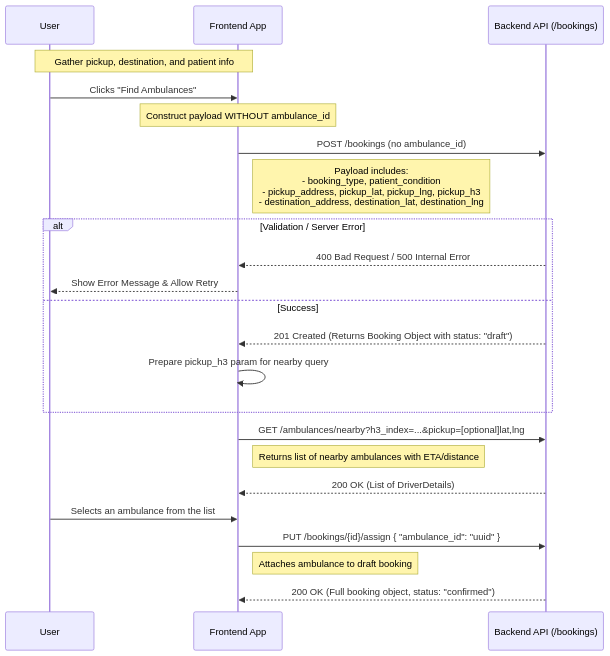
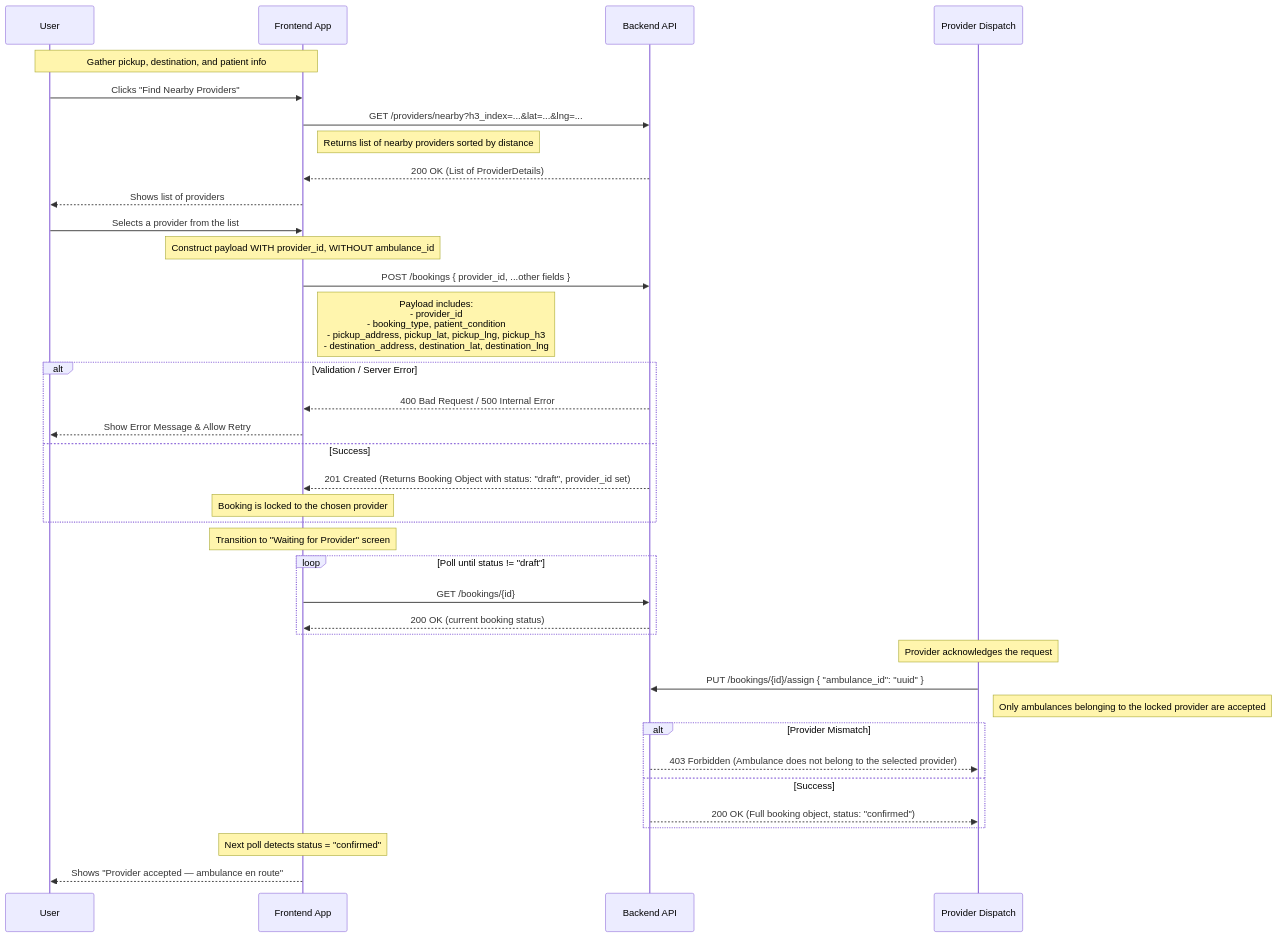
The second of 2 diagrams in docs/FRONTEND_BOOKING_FLOW.md (101-toyota-team/resqlink-be), drawn with Mermaid before and after one commit. The commit also changed other lines of this file and 1 other file, not shown here.

Commit message:
docs: update booking flow and openapi spec for provider dispatch
Rewrite frontend booking flow to reflect the user-selects-provider model. Update OpenAPI spec to include provider_id in the Booking schema and POST /bookings request body, and deprecate GET /ambulances/nearby in favor of /providers/nearby.

````diff
--- a/docs/FRONTEND_BOOKING_FLOW.md
+++ b/docs/FRONTEND_BOOKING_FLOW.md
@@ -36,31 +39,48 @@
 ```mermaid
 sequenceDiagram
     participant U as User
     participant F as Frontend App
-    participant B as Backend API (/bookings)
+    participant B as Backend API
+    participant P as Provider Dispatch
     
     Note over U, F: Gather pickup, destination, and patient info
     
-    U->>F: Clicks "Find Ambulances"
-    Note over F: Construct payload WITHOUT ambulance_id
+    U->>F: Clicks "Find Nearby Providers"
+    F->>B: GET /providers/nearby?h3_index=...&lat=...&lng=...
+    Note right of F: Returns list of nearby providers sorted by distance
+    B-->>F: 200 OK (List of ProviderDetails)
+    F-->>U: Shows list of providers
     
-    F->>B: POST /bookings (no ambulance_id)
-    Note right of F: Payload includes:<br/>- booking_type, patient_condition<br/>- pickup_address, pickup_lat, pickup_lng, pickup_h3<br/>- destination_address, destination_lat, destination_lng
+    U->>F: Selects a provider from the list
+    Note over F: Construct payload WITH provider_id, WITHOUT ambulance_id
+    
+    F->>B: POST /bookings { provider_id, ...other fields }
+    Note right of F: Payload includes:<br/>- provider_id<br/>- booking_type, patient_condition<br/>- pickup_address, pickup_lat, pickup_lng, pickup_h3<br/>- destination_address, destination_lat, destination_lng
     
     alt Validation / Server Error
         B-->>F: 400 Bad Request / 500 Internal Error
         F-->>U: Show Error Message & Allow Retry
     else Success
-        B-->>F: 201 Created (Returns Booking Object with status: "draft")
-        F->>F: Prepare pickup_h3 param for nearby query
+        B-->>F: 201 Created (Returns Booking Object with status: "draft", provider_id set)
+        Note over F: Booking is locked to the chosen provider
     end
     
-    F->>B: GET /ambulances/nearby?h3_index=...&pickup=[optional]lat,lng
-    Note right of F: Returns list of nearby ambulances with ETA/distance
-    B-->>F: 200 OK (List of DriverDetails)
+    Note over F: Transition to "Waiting for Provider" screen
     
-    U->>F: Selects an ambulance from the list
-    F->>B: PUT /bookings/{id}/assign { "ambulance_id": "uuid" }
-    Note right of F: Attaches ambulance to draft booking
-    B-->>F: 200 OK (Full booking object, status: "confirmed")
+    loop Poll until status != "draft"
+        F->>B: GET /bookings/{id}
+        B-->>F: 200 OK (current booking status)
+    end
+    
+    Note over P: Provider acknowledges the request
+    P->>B: PUT /bookings/{id}/assign { "ambulance_id": "uuid" }
+    Note right of P: Only ambulances belonging to the locked provider are accepted
+    alt Provider Mismatch
+        B-->>P: 403 Forbidden (Ambulance does not belong to the selected provider)
+    else Success
+        B-->>P: 200 OK (Full booking object, status: "confirmed")
+    end
+    
+    Note over F: Next poll detects status = "confirmed"
+    F-->>U: Shows "Provider accepted — ambulance en route"
 ```
````
